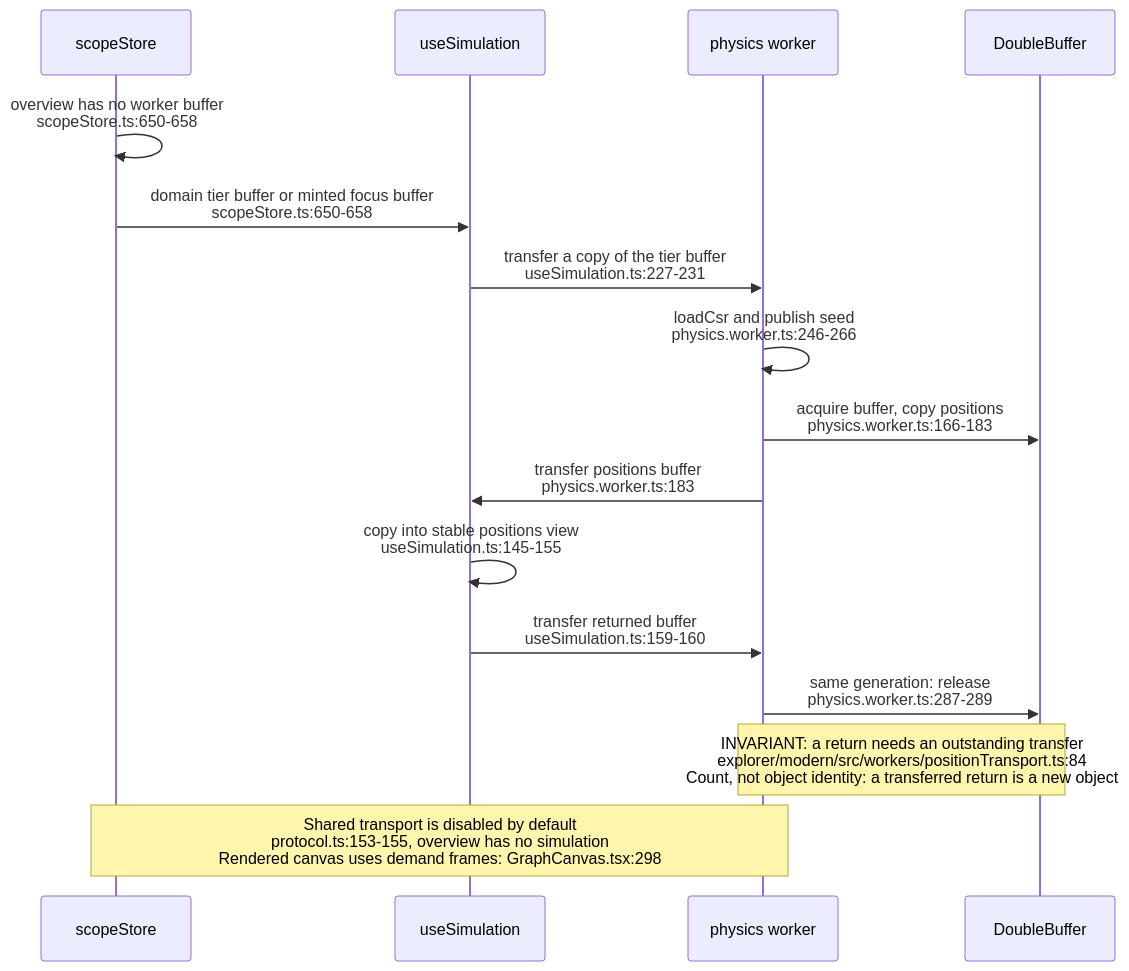
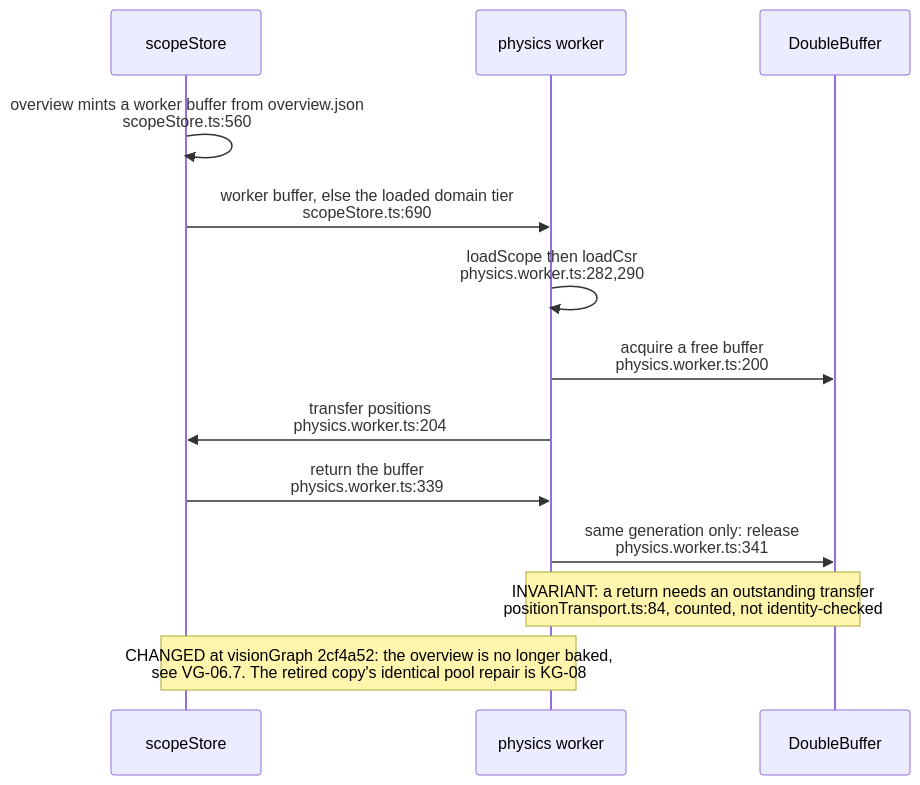
One commit to DreamLab-AI/VisionFlow changed the second of 5 diagrams in docs/diagrams/knowledgegraph/04-explorer-and-site-build.md. Above: the diagram before and after it, drawn with Mermaid. The commit also changed other lines of this file and 11 other files, not shown here.

First line of the commit message:
docs(diagrams): visiongraph and knowledgegraph re-verified (explorer on vowl-wasm 0.4.0, knowledgeGraph explorer retired)

````diff
--- a/docs/diagrams/knowledgegraph/04-explorer-and-site-build.md
+++ b/docs/diagrams/knowledgegraph/04-explorer-and-site-build.md
@@ -63,18 +58,15 @@
 ```mermaid
 sequenceDiagram
     participant S as scopeStore
-    participant H as useSimulation
     participant W as physics worker
     participant P as DoubleBuffer
-    S->>S: overview has no worker buffer<br/>scopeStore.ts:650-658
-    S->>H: domain tier buffer or minted focus buffer<br/>scopeStore.ts:650-658
-    H->>W: transfer a copy of the tier buffer<br/>useSimulation.ts:227-231
-    W->>W: loadCsr and publish seed<br/>physics.worker.ts:246-266
-    W->>P: acquire buffer, copy positions<br/>physics.worker.ts:166-183
-    W->>H: transfer positions buffer<br/>physics.worker.ts:183
-    H->>H: copy into stable positions view<br/>useSimulation.ts:145-155
-    H->>W: transfer returned buffer<br/>useSimulation.ts:159-160
-    W->>P: same generation: release<br/>physics.worker.ts:287-289
-    Note over W,P: INVARIANT: a return needs an outstanding transfer<br/>explorer/modern/src/workers/positionTransport.ts:84<br/>Count, not object identity: a transferred return is a new object
-    Note over S,W: Shared transport is disabled by default<br/>protocol.ts:153-155, overview has no simulation<br/>Rendered canvas uses demand frames: GraphCanvas.tsx:298
+    S->>S: overview mints a worker buffer from overview.json<br/>scopeStore.ts:560
+    S->>W: worker buffer, else the loaded domain tier<br/>scopeStore.ts:690
+    W->>W: loadScope then loadCsr<br/>physics.worker.ts:282,290
+    W->>P: acquire a free buffer<br/>physics.worker.ts:200
+    W->>S: transfer positions<br/>physics.worker.ts:204
+    S->>W: return the buffer<br/>physics.worker.ts:339
+    W->>P: same generation only: release<br/>physics.worker.ts:341
+    Note over W,P: INVARIANT: a return needs an outstanding transfer<br/>positionTransport.ts:84, counted, not identity-checked
+    Note over S,W: CHANGED at visionGraph 2cf4a52: the overview is no longer baked,<br/>see VG-06.7. The retired copy's identical pool repair is KG-08
 ```
````
